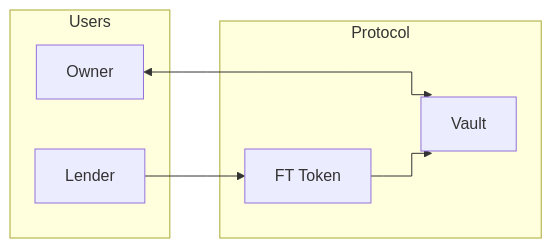
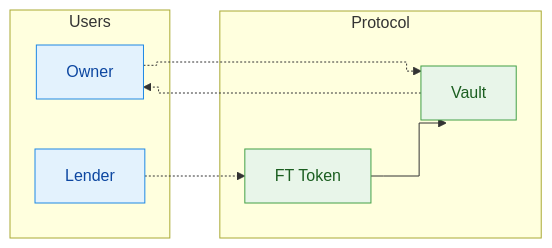
Before and after one commit to sudostake/sudostake_contracts_near: the eighth of 13 diagrams in value_flows.md, drawn with Mermaid. The commit also changed other lines of this file, not shown here.

First line of the commit message:
Revise and expand Vault value flows guide

````diff
--- a/value_flows.md
+++ b/value_flows.md
@@ -201,14 +197,20 @@
 ```mermaid
 %%{init: {'flowchart': {'curve': 'step'}}}%%
 flowchart LR
   subgraph Users
     O[Owner]
     L[Lender]
   end
   subgraph Protocol
     V[Vault]
     T[FT Token]
   end
-  O <--> V
-  L --> T --> V
+  O -.-> V
+  V -.-> O
+  L -.-> T
+  T --> V
+  classDef user fill:#E3F2FD,stroke:#1E88E5,color:#0D47A1;
+  classDef protocol fill:#E8F5E9,stroke:#43A047,color:#1B5E20;
+  class O,L user
+  class V,T protocol
 ```
````
